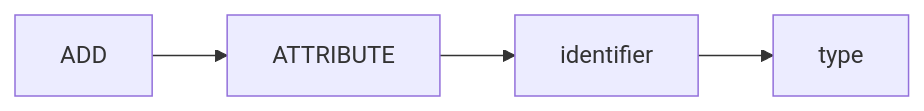
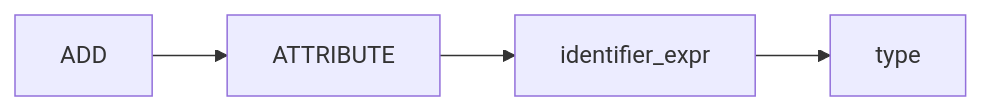
The fourth of 7 diagrams in src/chapters/0X/specification.md (tmcnab/db-book), drawn with Mermaid before and after one commit. The commit also changed other lines of this file and 14 other files, not shown here.

````diff
--- a/src/chapters/0X/specification.md
+++ b/src/chapters/0X/specification.md
@@ -20,4 +27,4 @@
 ```mermaid
 	flowchart LR
-	ADD --> ATTRIBUTE --> identifier --> type
+	ADD --> ATTRIBUTE --> identifier_expr --> type
 ```
````
